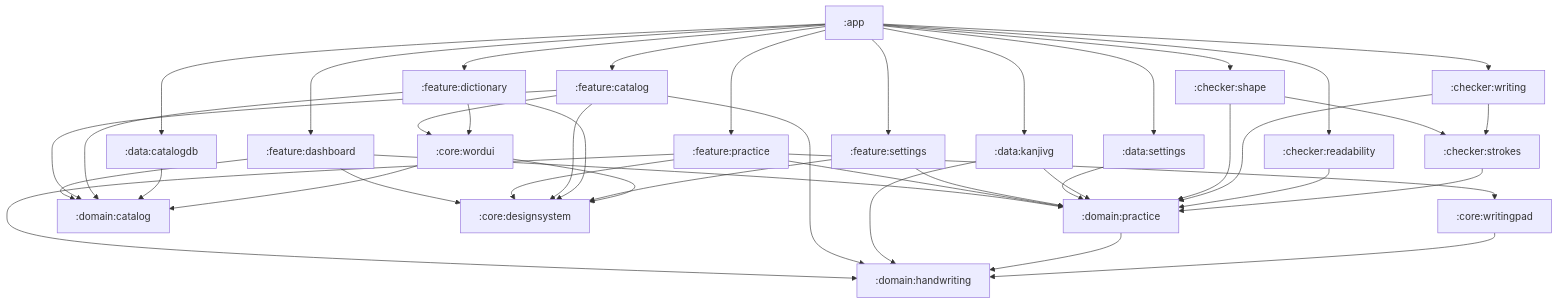
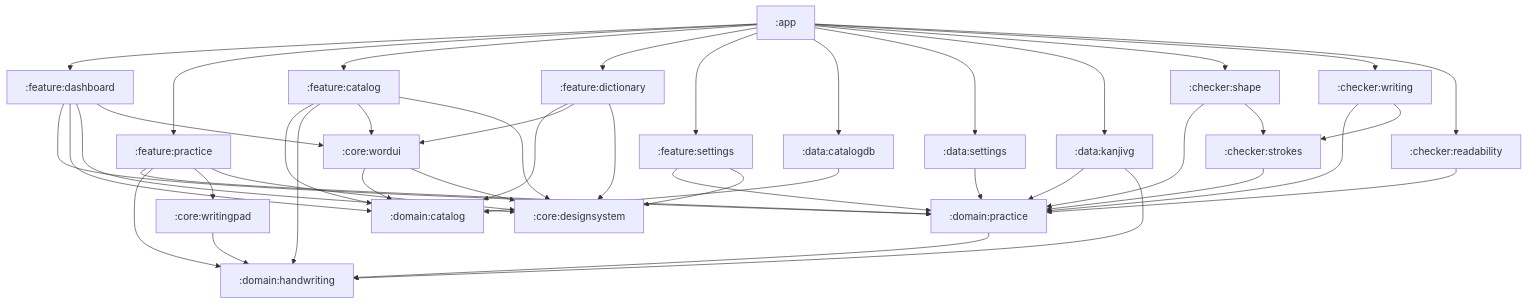
The diagram in doc/architecture.md (sachebotarev/kanji), drawn with Mermaid before and after one commit. The commit also changed 1421 other files, not shown here.

````diff
--- a/doc/architecture.md
+++ b/doc/architecture.md
@@ -73,52 +73,53 @@
 ```mermaid
 flowchart TD
     app[":app"] --> featDash[":feature:dashboard"]
     app --> featPrac[":feature:practice"]
     app --> featCat[":feature:catalog"]
     app --> featDict[":feature:dictionary"]
     app --> featSet[":feature:settings"]
     app --> dataCat[":data:catalogdb"]
     app --> dataSet[":data:settings"]
     app --> dataKvg[":data:kanjivg"]
     app --> chkShape[":checker:shape"]
     app --> chkWrite[":checker:writing"]
     app --> chkRead[":checker:readability"]
 
     featDash --> domPrac[":domain:practice"]
     featDash --> domCat[":domain:catalog"]
     featDash --> coreDs[":core:designsystem"]
 
     featPrac --> domPrac
     featPrac --> domHw[":domain:handwriting"]
     featPrac --> corePad[":core:writingpad"]
     featPrac --> coreDs
 
     featCat --> domCat
     featCat --> domHw
     featCat --> coreWord[":core:wordui"]
+    featDash --> coreWord
     featCat --> coreDs
 
     featDict --> domCat
     featDict --> coreWord
     featDict --> coreDs
 
     featSet --> domPrac
     featSet --> coreDs
 
     dataCat --> domCat
     dataSet --> domPrac
     dataKvg --> domPrac
     dataKvg --> domHw
 
     chkShape --> domPrac
     chkShape --> chkStrokes[":checker:strokes"]
     chkWrite --> domPrac
     chkWrite --> chkStrokes
     chkRead --> domPrac
     chkStrokes --> domPrac
 
     domPrac --> domHw
     coreWord --> domCat
     coreWord --> coreDs
     corePad --> domHw
 ```
````
